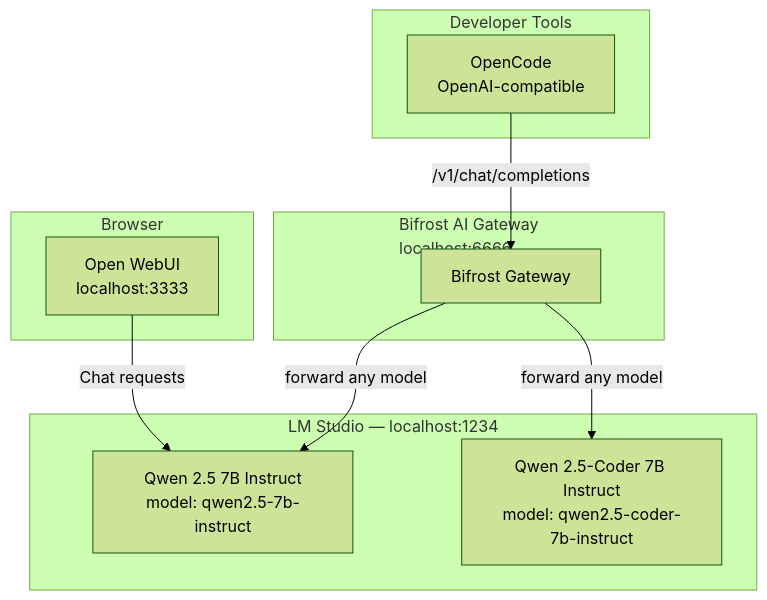
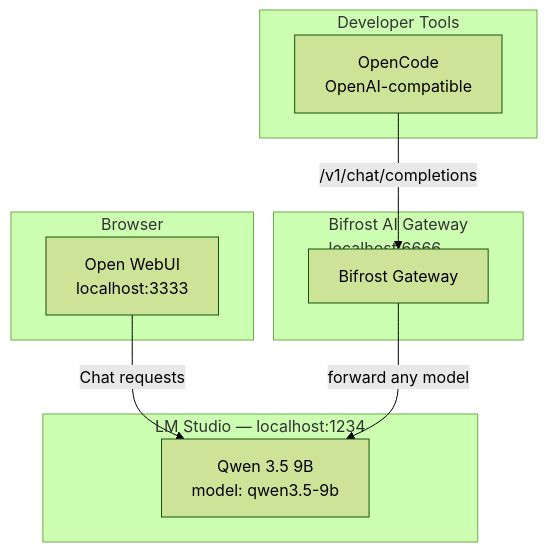
One commit to mauropm/modeldoki changed the diagram in docs/architecture.md. Above: the diagram before and after it, drawn with Mermaid (forest theme). The commit also changed other lines of this file and 20 other files, not shown here.

````diff
--- a/docs/architecture.md
+++ b/docs/architecture.md
@@ -9,24 +9,22 @@
 ```mermaid
 graph TB
     subgraph Browser["Browser"]
         OW[Open WebUI<br/>localhost:3333]
     end
 
     subgraph Tools["Developer Tools"]
         OC[OpenCode<br/>OpenAI-compatible]
     end
 
     subgraph Gateway["Bifrost AI Gateway<br/>localhost:6666"]
         BG[Bifrost Gateway]
     end
 
     subgraph LMStudio["LM Studio — localhost:1234"]
-        CHAT[Qwen 2.5 7B Instruct<br/>model: qwen2.5-7b-instruct]
-        CODER[Qwen 2.5-Coder 7B Instruct<br/>model: qwen2.5-coder-7b-instruct]
+        MODEL[Qwen 3.5 9B<br/>model: qwen3.5-9b]
     end
 
-    OW -->|Chat requests| CHAT
+    OW -->|Chat requests| MODEL
     OC -->|/v1/chat/completions| BG
-    BG -->|forward any model| CHAT
-    BG -->|forward any model| CODER
+    BG -->|forward any model| MODEL
 ```
````
